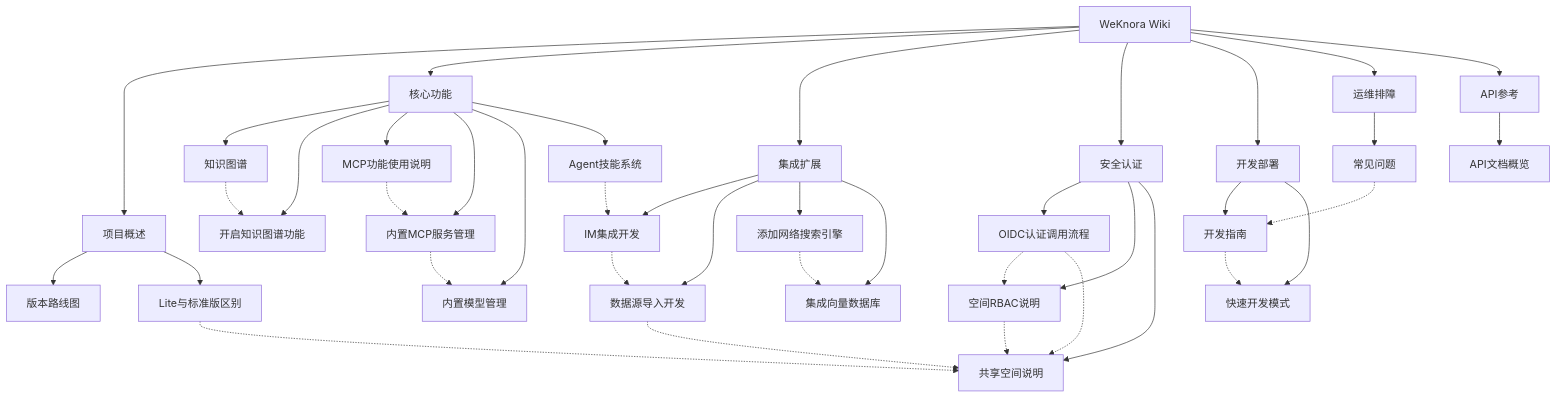
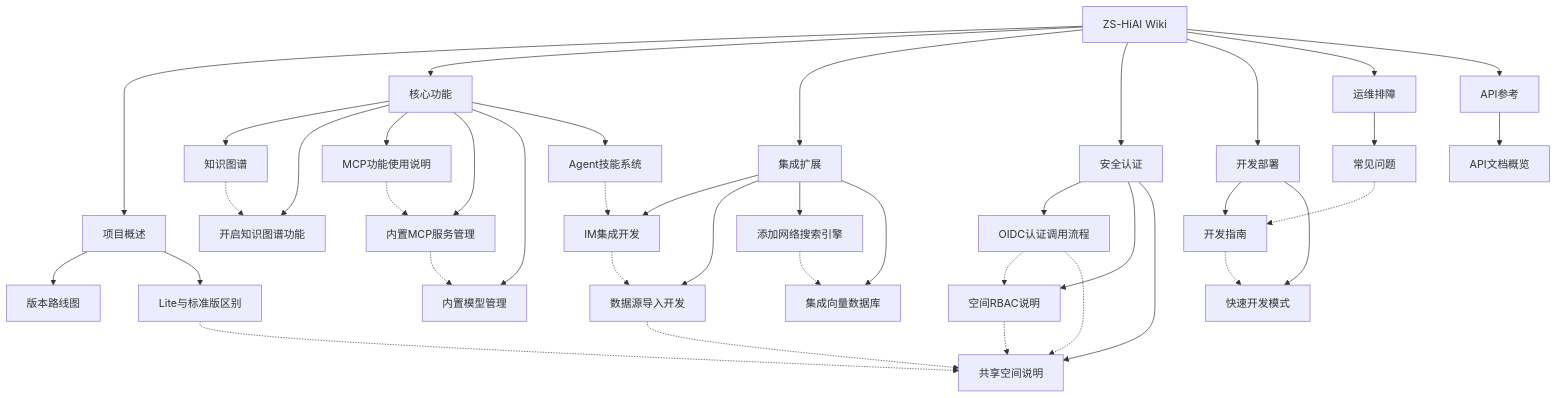
One commit to someonemaybe/WeKnora changed the diagram in docs/wiki/Home.md. Above: the diagram before and after it, drawn with Mermaid. The commit also changed other lines of this file and 68 other files, not shown here.

````diff
--- a/docs/wiki/Home.md
+++ b/docs/wiki/Home.md
@@ -71,51 +71,51 @@
 ```mermaid
 graph TB
-    Home[WeKnora Wiki]
+    Home[ZS-HiAI Wiki]
     Home --> 项目概述
     Home --> 核心功能
     Home --> 集成扩展
     Home --> 安全认证
     Home --> 开发部署
     Home --> 运维排障
     Home --> API参考
 
     项目概述 --> ROADMAP[版本路线图]
     项目概述 --> LITE[Lite与标准版区别]
 
     核心功能 --> KG[知识图谱]
     核心功能 --> KGSetup[开启知识图谱功能]
     核心功能 --> MCP[MCP功能使用说明]
     核心功能 --> BuiltinMCP[内置MCP服务管理]
     核心功能 --> BuiltinModel[内置模型管理]
     核心功能 --> Skills[Agent技能系统]
 
     集成扩展 --> IM[IM集成开发]
     集成扩展 --> DS[数据源导入开发]
     集成扩展 --> WebSearch[添加网络搜索引擎]
     集成扩展 --> VecDB[集成向量数据库]
 
     安全认证 --> OIDC[OIDC认证调用流程]
     安全认证 --> RBAC[空间RBAC说明]
     安全认证 --> SharedSpace[共享空间说明]
 
     开发部署 --> DevGuide[开发指南]
     开发部署 --> QuickDev[快速开发模式]
 
     运维排障 --> FAQ[常见问题]
 
     API参考 --> APIOverview[API文档概览]
 
     KG -.-> KGSetup
     MCP -.-> BuiltinMCP
     BuiltinMCP -.-> BuiltinModel
     Skills -.-> IM
     IM -.-> DS
     DS -.-> SharedSpace
     OIDC -.-> RBAC
     RBAC -.-> SharedSpace
     OIDC -.-> SharedSpace
     LITE -.-> SharedSpace
     WebSearch -.-> VecDB
     DevGuide -.-> QuickDev
     FAQ -.-> DevGuide
 ```
````
